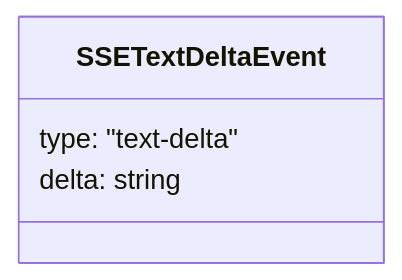
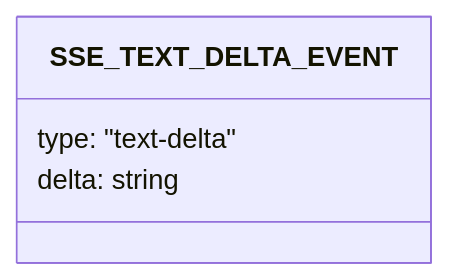
Diagram 16 of 22 in plan/11-transport.md (1qh/safeagent), drawn with Mermaid before and after one commit. The commit also changed other lines of this file and 7 other files, not shown here.

Commit message:
plan: fix Mermaid node IDs to UPPER_SNAKE across all files

````diff
--- a/plan/11-transport.md
+++ b/plan/11-transport.md
@@ -511,7 +511,7 @@
 ```mermaid
 classDiagram
-    class SSETextDeltaEvent {
+    class SSE_TEXT_DELTA_EVENT {
         type: "text-delta"
         delta: string
     }
 ```
````
